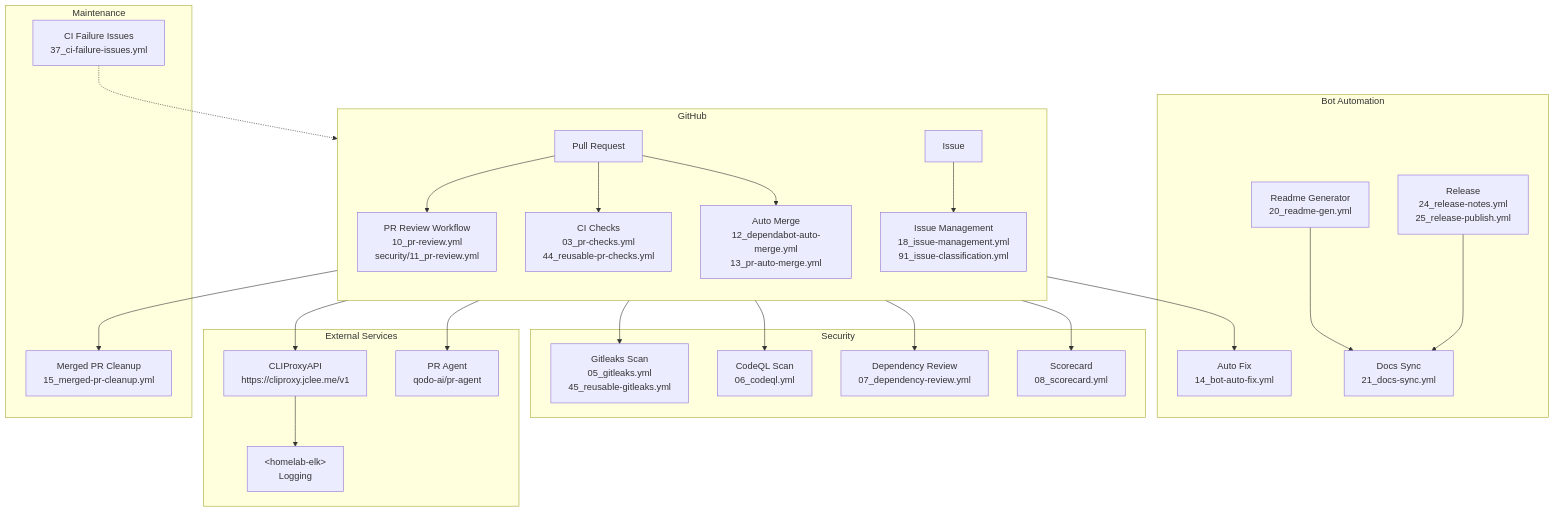
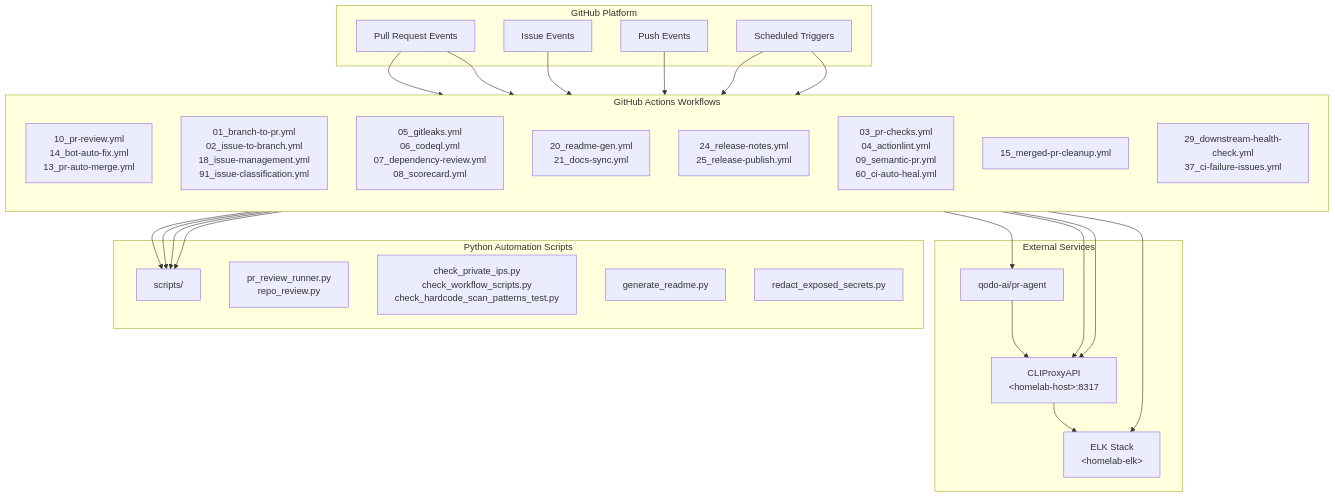
Before and after one commit to jclee941/splunk: the diagram in README.md, drawn with Mermaid. The commit also changed other lines of this file, not shown here.

Commit message:
docs: auto-update README.md

````diff
--- a/README.md
+++ b/README.md
@@ -99,51 +90,57 @@
 ```mermaid
 flowchart TB
-    subgraph GitHub["GitHub"]
+    subgraph GitHub["GitHub Platform"]
+        PR["Pull Request Events"]
+        Issue["Issue Events"]
+        Push["Push Events"]
+        Schedule["Scheduled Triggers"]
+    end
+
+    subgraph Workflows["GitHub Actions Workflows"]
         direction TB
-        PR["Pull Request"] --> PRReview["PR Review Workflow<br/>10_pr-review.yml<br/>security/11_pr-review.yml"]
-        Issue["Issue"] --> IssueMgmt["Issue Management<br/>18_issue-management.yml<br/>91_issue-classification.yml"]
-        PR --> CIChecks["CI Checks<br/>03_pr-checks.yml<br/>44_reusable-pr-checks.yml"]
-        PR --> AutoMerge["Auto Merge<br/>12_dependabot-auto-merge.yml<br/>13_pr-auto-merge.yml"]
+        PR_WF["10_pr-review.yml<br/>14_bot-auto-fix.yml<br/>13_pr-auto-merge.yml"]
+        Issue_WF["01_branch-to-pr.yml<br/>02_issue-to-branch.yml<br/>18_issue-management.yml<br/>91_issue-classification.yml"]
+        Security_WF["05_gitleaks.yml<br/>06_codeql.yml<br/>07_dependency-review.yml<br/>08_scorecard.yml"]
+        Docs_WF["20_readme-gen.yml<br/>21_docs-sync.yml"]
+        Release_WF["24_release-notes.yml<br/>25_release-publish.yml"]
+        CI_WF["03_pr-checks.yml<br/>04_actionlint.yml<br/>09_semantic-pr.yml<br/>60_ci-auto-heal.yml"]
+        Cleanup_WF["15_merged-pr-cleanup.yml"]
+        Health_WF["29_downstream-health-check.yml<br/>37_ci-failure-issues.yml"]
     end
-    
+
     subgraph External["External Services"]
-        CLA["CLIProxyAPI<br/>https://cliproxy.jclee.me/v1"]
-        PRA["PR Agent<br/>qodo-ai/pr-agent"]
-        ELK["&lt;homelab-elk&gt;<br/>Logging"]
+        CLProxy["CLIProxyAPI<br/>&lt;homelab-host&gt;:8317"]
+        PRAgent["qodo-ai/pr-agent"]
+        ELK["ELK Stack<br/>&lt;homelab-elk&gt;"]
     end
-    
-    PRReview --> CLA
-    PRReview --> PRA
-    CLA --> ELK
-    
-    subgraph Automation["Bot Automation"]
-        AutoFix["Auto Fix<br/>14_bot-auto-fix.yml"]
-        ReadmeGen["Readme Generator<br/>20_readme-gen.yml"]
-        DocsSync["Docs Sync<br/>21_docs-sync.yml"]
-        Release["Release<br/>24_release-notes.yml<br/>25_release-publish.yml"]
+
+    subgraph Scripts["Python Automation Scripts"]
+        ScriptsBase["scripts/"]
+        PRScripts["pr_review_runner.py<br/>repo_review.py"]
+        CheckScripts["check_private_ips.py<br/>check_workflow_scripts.py<br/>check_hardcode_scan_patterns_test.py"]
+        GenScripts["generate_readme.py"]
+        UtilScripts["redact_exposed_secrets.py"]
     end
-    
-    CIChecks --> AutoFix
-    ReadmeGen --> DocsSync
-    Release --> DocsSync
-    
-    subgraph Security["Security"]
-        Gitleaks["Gitleaks Scan<br/>05_gitleaks.yml<br/>45_reusable-gitleaks.yml"]
-        CodeQL["CodeQL Scan<br/>06_codeql.yml"]
-        DepReview["Dependency Review<br/>07_dependency-review.yml"]
-        Scorecard["Scorecard<br/>08_scorecard.yml"]
-    end
-    
-    PR --> Gitleaks
-    PR --> CodeQL
-    PR --> DepReview
-    PR --> Scorecard
-    
-    subgraph Maintenance["Maintenance"]
-        Cleanup["Merged PR Cleanup<br/>15_merged-pr-cleanup.yml"]
-        CIFail["CI Failure Issues<br/>37_ci-failure-issues.yml"]
-    end
-    
-    PR --> Cleanup
-    CIFail -.-> Issue
+
+    PR --> PR_WF
+    PR --> Security_WF
+    Issue --> Issue_WF
+    Push --> CI_WF
+    Schedule --> Docs_WF
+    Schedule --> Health_WF
+
+    PR_WF --> CLProxy
+    PR_WF --> PRAgent
+    PR_WF --> ScriptsBase
+
+    Security_WF --> ScriptsBase
+    Security_WF --> CLProxy
+
+    Issue_WF --> ScriptsBase
+
+    CI_WF --> ELK
+    CI_WF --> ScriptsBase
+
+    CLProxy --> ELK
+    PRAgent --> CLProxy
 ```
````
